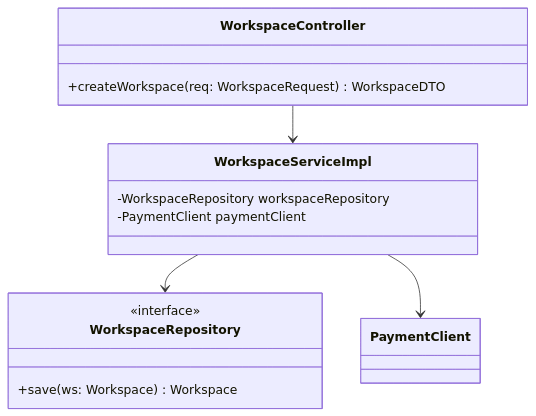
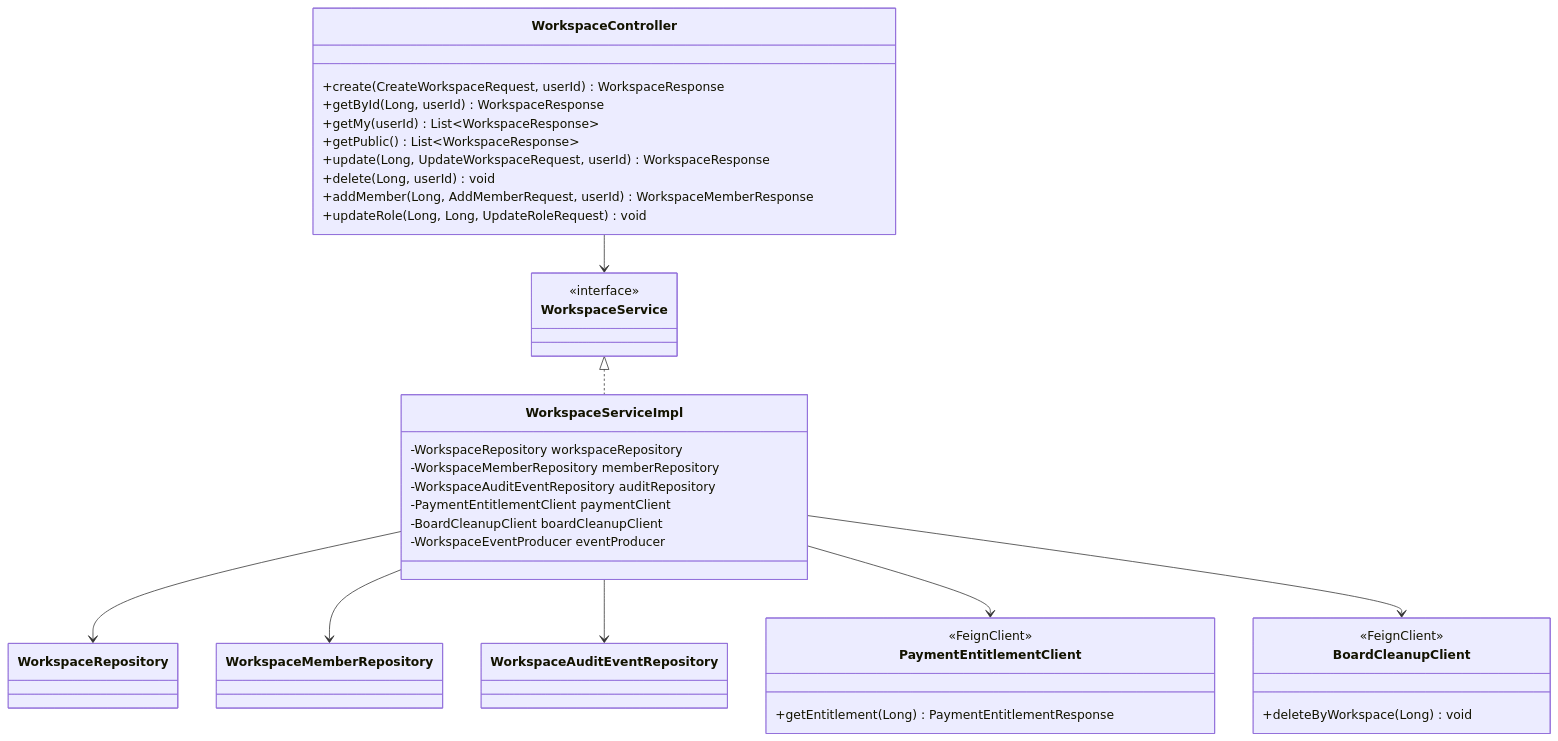
One commit to Prashant-kumar-sharma/FlowBoard-Backend changed the second of 4 diagrams in docs/services/workspace-service/diagrams.md. Above: the diagram before and after it, drawn with Mermaid. The commit also changed other lines of this file and 10 other files, not shown here.

Commit message:
[Prashant] : Added Diagrams for all the services

````diff
--- a/docs/services/workspace-service/diagrams.md
+++ b/docs/services/workspace-service/diagrams.md
@@ -20,17 +38,44 @@
 ```mermaid
 classDiagram
     class WorkspaceController {
-        +createWorkspace(req: WorkspaceRequest) WorkspaceDTO
+        +create(CreateWorkspaceRequest, userId) WorkspaceResponse
+        +getById(Long, userId) WorkspaceResponse
+        +getMy(userId) List~WorkspaceResponse~
+        +getPublic() List~WorkspaceResponse~
+        +update(Long, UpdateWorkspaceRequest, userId) WorkspaceResponse
+        +delete(Long, userId) void
+        +addMember(Long, AddMemberRequest, userId) WorkspaceMemberResponse
+        +updateRole(Long, Long, UpdateRoleRequest) void
     }
+
+    class WorkspaceService {
+        <<interface>>
+    }
+
     class WorkspaceServiceImpl {
         -WorkspaceRepository workspaceRepository
-        -PaymentClient paymentClient
+        -WorkspaceMemberRepository memberRepository
+        -WorkspaceAuditEventRepository auditRepository
+        -PaymentEntitlementClient paymentClient
+        -BoardCleanupClient boardCleanupClient
+        -WorkspaceEventProducer eventProducer
     }
-    class WorkspaceRepository {
-        <<interface>>
-        +save(ws: Workspace) Workspace
+
+    class PaymentEntitlementClient {
+        <<FeignClient>>
+        +getEntitlement(Long) PaymentEntitlementResponse
     }
-    WorkspaceController --> WorkspaceServiceImpl
+
+    class BoardCleanupClient {
+        <<FeignClient>>
+        +deleteByWorkspace(Long) void
+    }
+
+    WorkspaceController --> WorkspaceService
+    WorkspaceService <|.. WorkspaceServiceImpl
     WorkspaceServiceImpl --> WorkspaceRepository
-    WorkspaceServiceImpl --> PaymentClient
+    WorkspaceServiceImpl --> WorkspaceMemberRepository
+    WorkspaceServiceImpl --> WorkspaceAuditEventRepository
+    WorkspaceServiceImpl --> PaymentEntitlementClient
+    WorkspaceServiceImpl --> BoardCleanupClient
 ```
````
